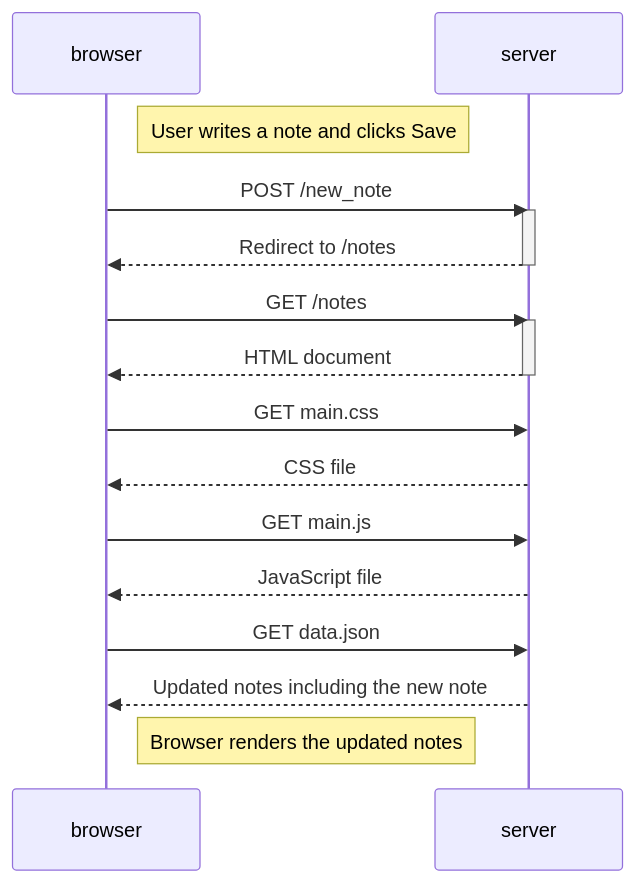
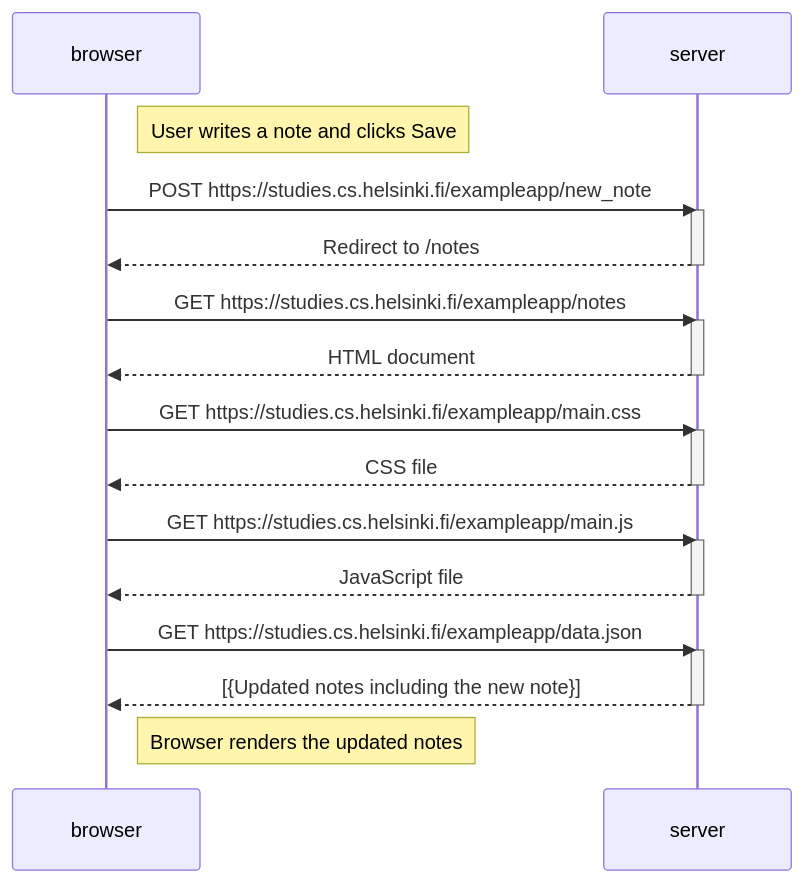
Before and after one commit to menna-eltahawy/fullstackopen: the diagram in part0/0.4.md, drawn with Mermaid.

Commit message:
exercise 0.4 new note diagram4

````diff
--- a/part0/0.4.md
+++ b/part0/0.4.md
@@ -1,28 +1,34 @@
 ```mermaid
 sequenceDiagram
     participant browser
     participant server
 
     Note right of browser: User writes a note and clicks Save
 
-    browser->>server: POST /new_note
+    browser->>server: POST https://studies.cs.helsinki.fi/exampleapp/new_note
     activate server
     server-->>browser: Redirect to /notes
     deactivate server
 
-    browser->>server: GET /notes
+    browser->>server: GET https://studies.cs.helsinki.fi/exampleapp/notes
     activate server
     server-->>browser: HTML document
     deactivate server
 
-    browser->>server: GET main.css
+    browser->>server: GET https://studies.cs.helsinki.fi/exampleapp/main.css
+    activate server
     server-->>browser: CSS file
+    deactivate server
 
-    browser->>server: GET main.js
+    browser->>server: GET https://studies.cs.helsinki.fi/exampleapp/main.js
+    activate server
     server-->>browser: JavaScript file
+    deactivate server
 
-    browser->>server: GET data.json
-    server-->>browser: Updated notes including the new note
+    browser->>server: GET https://studies.cs.helsinki.fi/exampleapp/data.json
+    activate server
+    server-->>browser: [{Updated notes including the new note}]
+    deactivate server
 
     Note right of browser: Browser renders the updated notes
 ```
````
